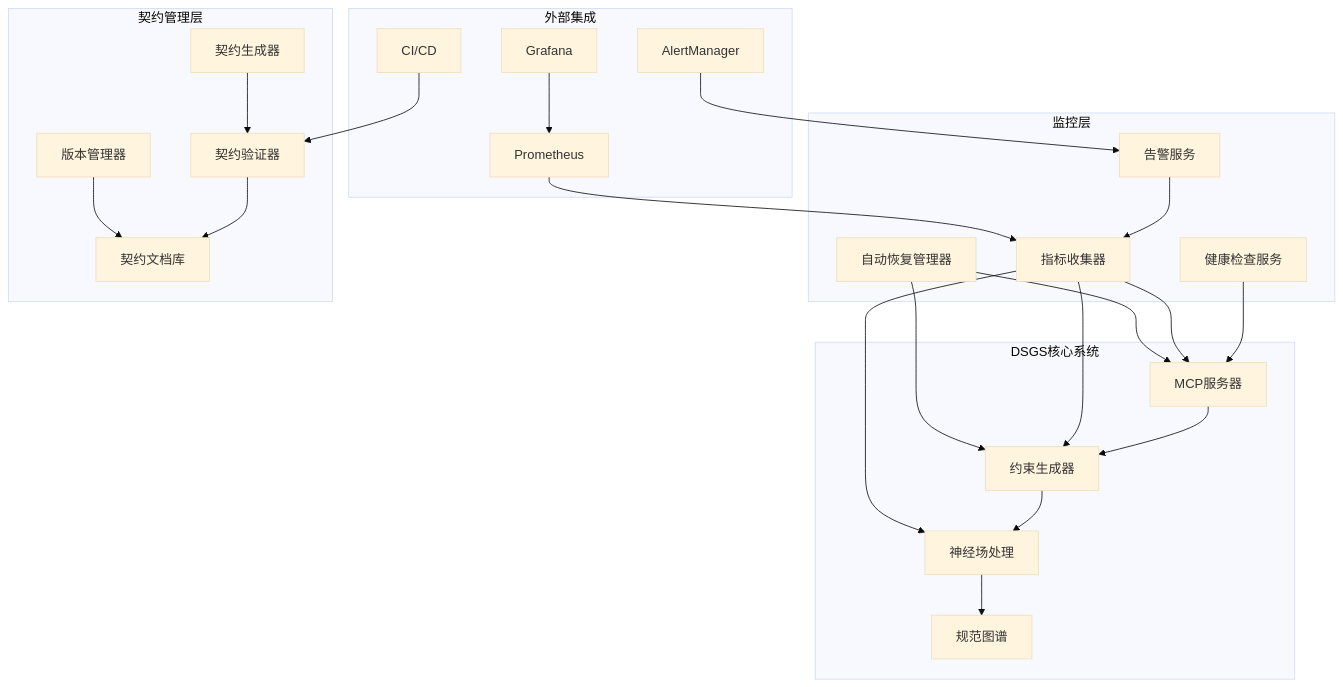
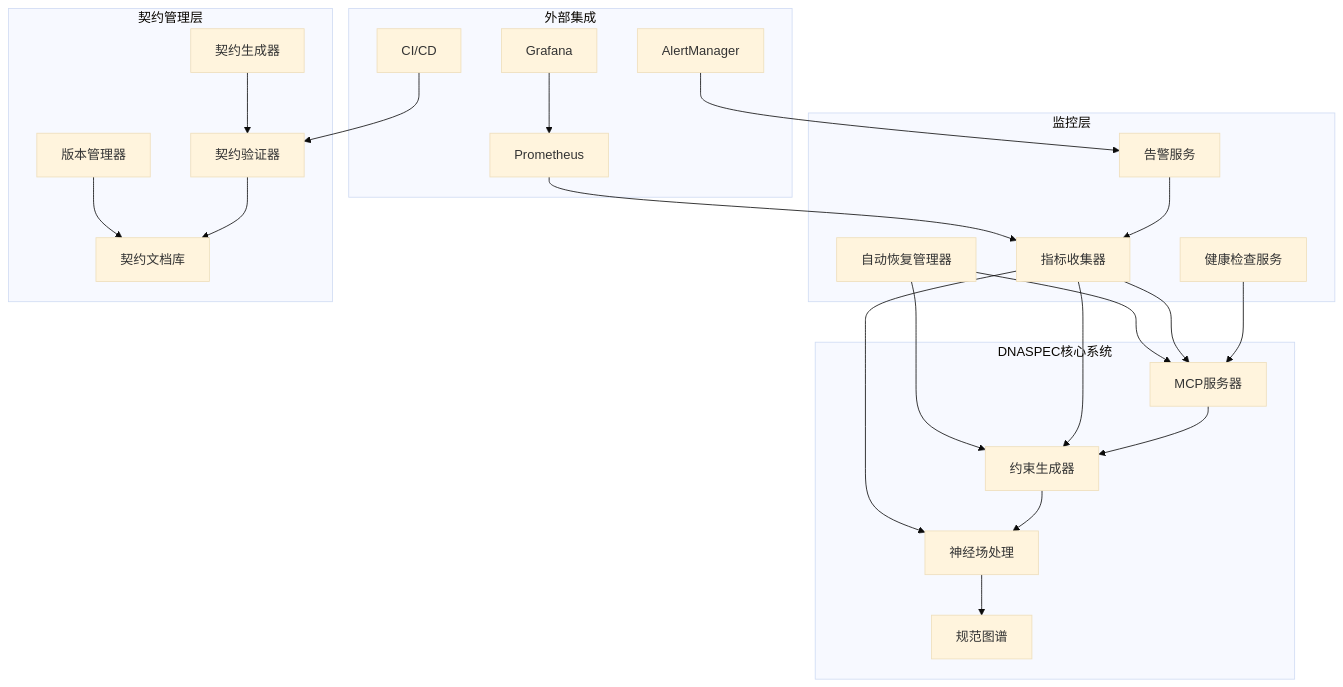
The first of 3 diagrams in archive/dsgs/docs/design/service-monitoring-contract-design.md (ptreezh/dnaSpec), drawn with Mermaid (base theme) before and after one commit. The commit also changed other lines of this file and 549 other files, not shown here.

````diff
--- a/archive/dsgs/docs/design/service-monitoring-contract-design.md
+++ b/archive/dsgs/docs/design/service-monitoring-contract-design.md
@@ -9,31 +9,31 @@
 ```mermaid
 graph TB
-    subgraph "DSGS核心系统"
+    subgraph "DNASPEC核心系统"
         A[MCP服务器] --> B[约束生成器]
         B --> C[神经场处理]
         C --> D[规范图谱]
     end
     
     subgraph "监控层"
         E[健康检查服务] --> A
         F[指标收集器] --> A
         F --> B
         F --> C
         G[自动恢复管理器] --> A
         G --> B
         H[告警服务] --> F
     end
     
     subgraph "契约管理层"
         I[契约生成器] --> J[契约验证器]
         J --> K[契约文档库]
         L[版本管理器] --> K
     end
     
     subgraph "外部集成"
         M[Prometheus] --> F
         N[Grafana] --> M
         O[AlertManager] --> H
         P[CI/CD] --> J
     end
 ```
````
